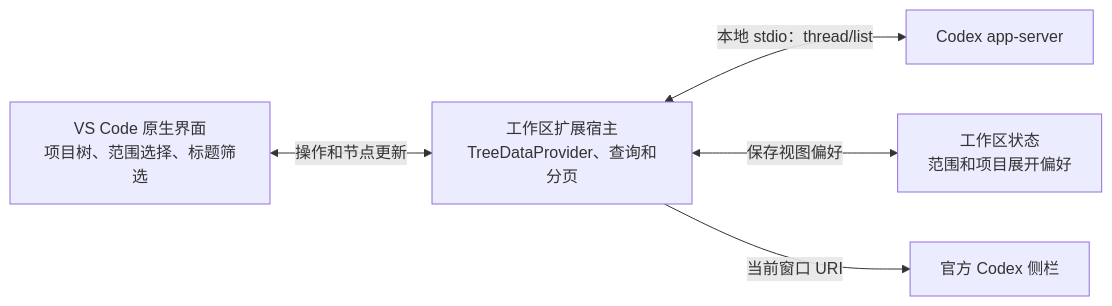
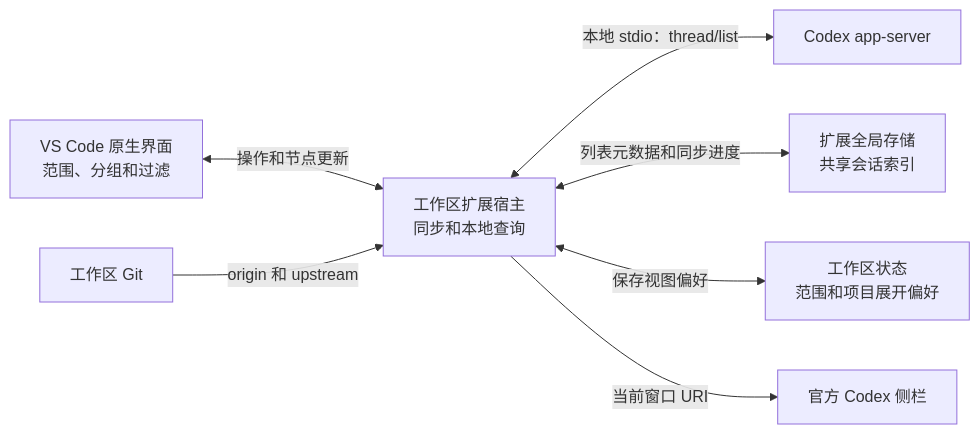
One commit to jaypume/vscode-codex-chats-list changed the diagram in ARCH.md. Above: the diagram before and after it, drawn with Mermaid. The commit also changed other lines of this file and 21 other files, not shown here.

````diff
--- a/ARCH.md
+++ b/ARCH.md
@@ -3,12 +3,16 @@
 ```mermaid
 flowchart LR
-  UI["VS Code 原生界面<br/>项目树、范围选择、标题筛选"]
-  Host["工作区扩展宿主<br/>TreeDataProvider、查询和分页"]
+  UI["VS Code 原生界面<br/>范围、分组和过滤"]
+  Host["工作区扩展宿主<br/>同步和本地查询"]
+  Git["工作区 Git"]
   Server["Codex app-server"]
   Codex["官方 Codex 侧栏"]
   Prefs["工作区状态<br/>范围和项目展开偏好"]
+  Index["扩展全局存储<br/>共享会话索引"]
   UI <-->|"操作和节点更新"| Host
   Host <-->|"本地 stdio：thread/list"| Server
+  Host <-->|"列表元数据和同步进度"| Index
+  Git -->|"origin 和 upstream"| Host
   Host <-->|"保存视图偏好"| Prefs
   Host -->|"当前窗口 URI"| Codex
 ```
````
